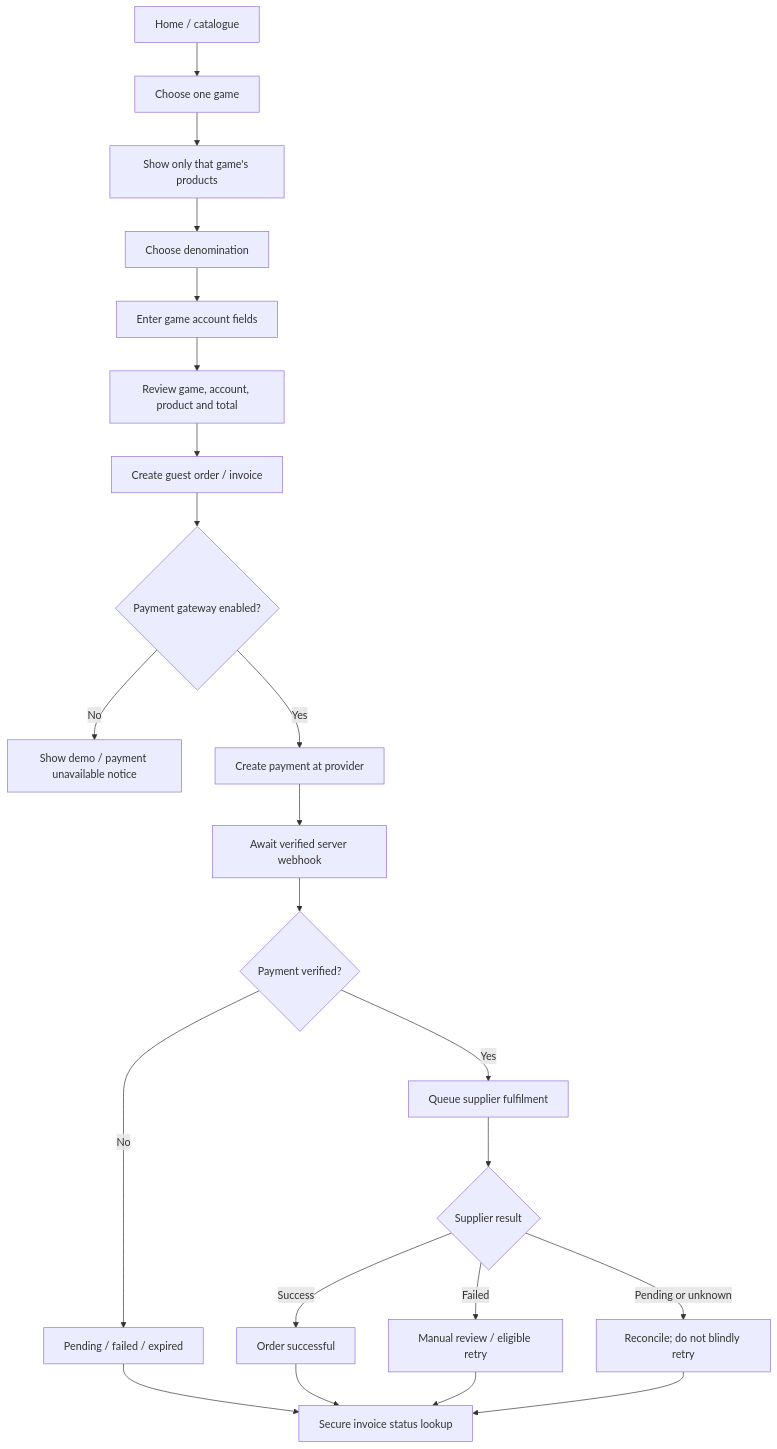
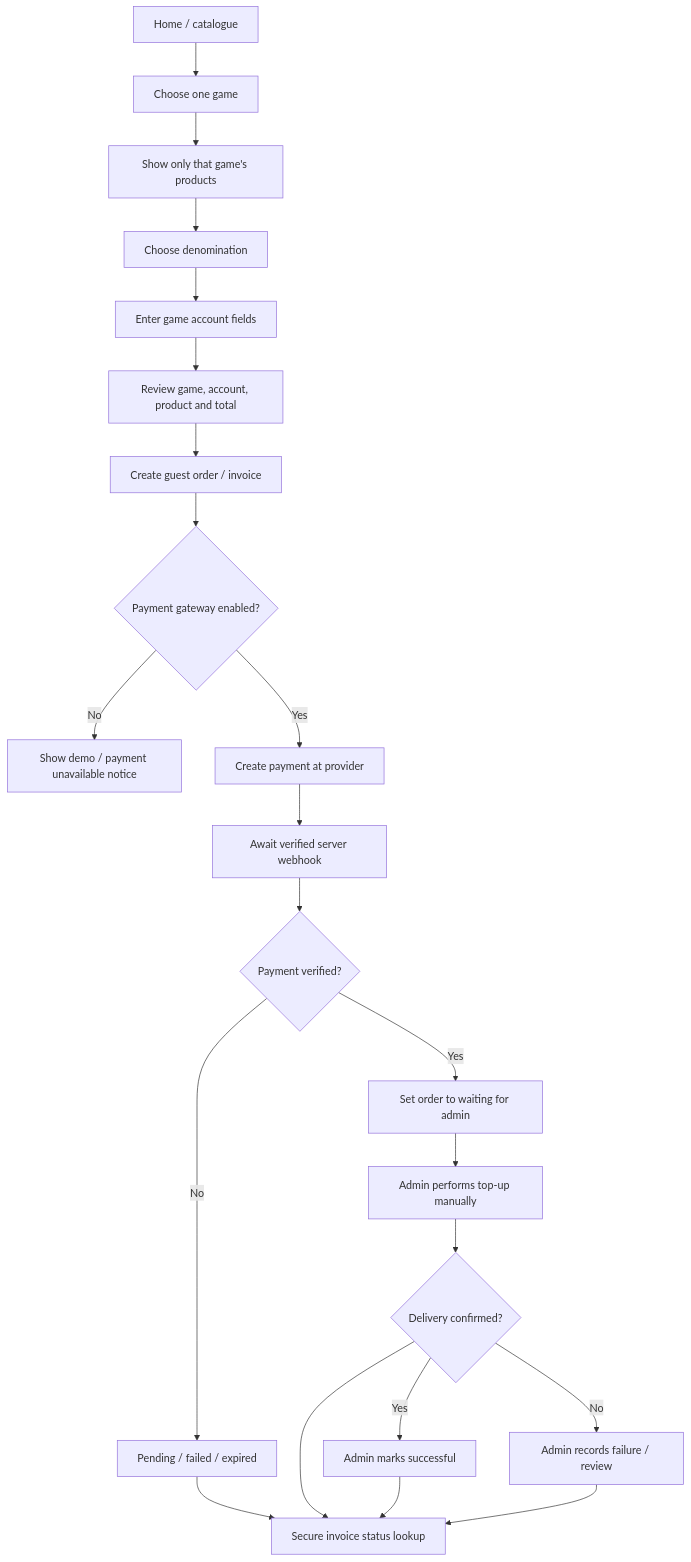
One commit to Vanbee01/topup-ppob changed the first of 4 diagrams in docs/system-design.md. Above: the diagram before and after it, drawn with Mermaid. The commit also changed other lines of this file, not shown here.

Commit message:
docs: switch fulfilment to manual admin processing

````diff
--- a/docs/system-design.md
+++ b/docs/system-design.md
@@ -31,24 +31,24 @@
 ```mermaid
 flowchart TD
   A[Home / catalogue] --> B[Choose one game]
   B --> C[Show only that game's products]
   C --> D[Choose denomination]
   D --> E[Enter game account fields]
   E --> F[Review game, account, product and total]
   F --> G[Create guest order / invoice]
   G --> H{Payment gateway enabled?}
   H -- No --> I[Show demo / payment unavailable notice]
   H -- Yes --> J[Create payment at provider]
   J --> K[Await verified server webhook]
   K --> L{Payment verified?}
   L -- No --> M[Pending / failed / expired]
-  L -- Yes --> N[Queue supplier fulfilment]
-  N --> O{Supplier result}
-  O -- Success --> P[Order successful]
-  O -- Failed --> Q[Manual review / eligible retry]
-  O -- Pending or unknown --> R[Reconcile; do not blindly retry]
+  L -- Yes --> N[Set order to waiting for admin]
+  N --> O[Admin performs top-up manually]
+  O --> P{Delivery confirmed?}
+  P -- Yes --> Q[Admin marks successful]
+  P -- No --> R[Admin records failure / review]
   M --> S[Secure invoice status lookup]
   P --> S
   Q --> S
   R --> S
 ```
````
